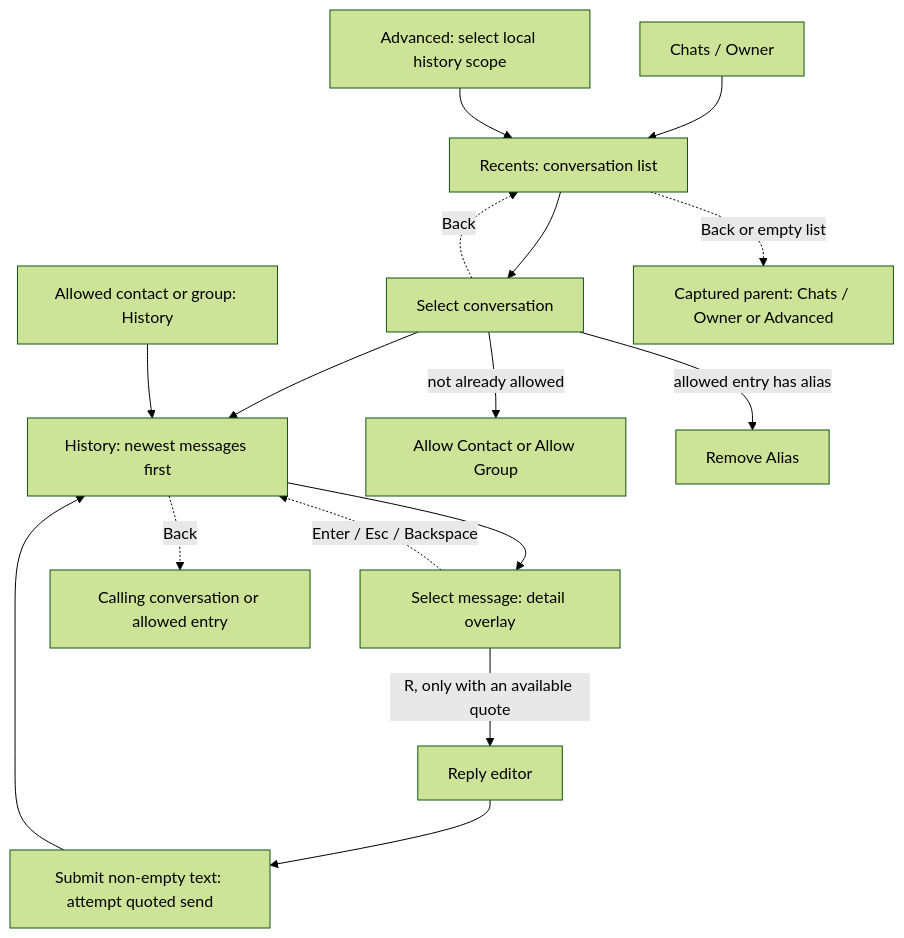
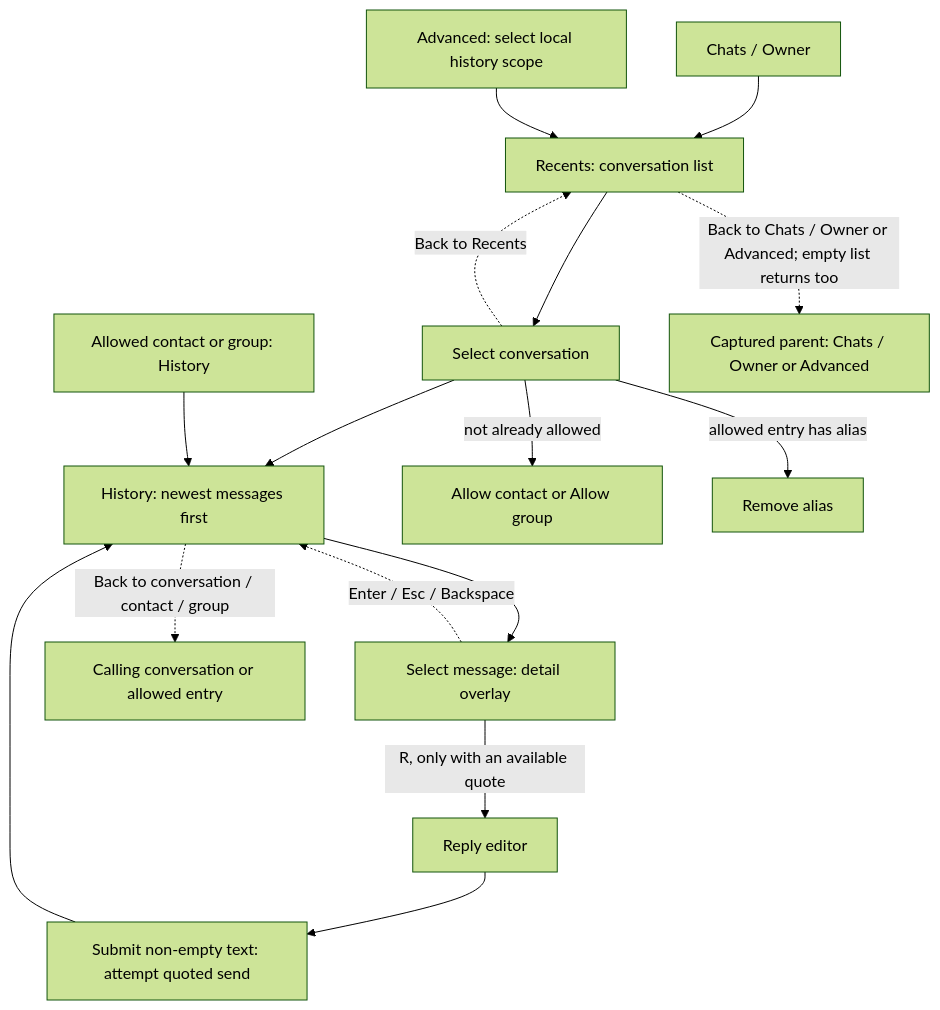
One commit to jagaliano/whatsapp-ng changed the fifth of 11 diagrams in docs/menu-diagrams.md. Above: the diagram before and after it, drawn with Mermaid (forest theme). The commit also changed other lines of this file and 33 other files, not shown here.

````diff
--- a/docs/menu-diagrams.md
+++ b/docs/menu-diagrams.md
@@ -120,18 +121,18 @@
 ```mermaid
 flowchart TB
     Chats["Chats / Owner"] --> Recents["Recents: conversation list"]
     Scope["Advanced: select local history scope"] --> Recents
     Recents --> Conversation["Select conversation"]
     Conversation --> History["History: newest messages first"]
-    Conversation -->|"not already allowed"| Allow["Allow Contact or Allow Group"]
-    Conversation -->|"allowed entry has alias"| Alias["Remove Alias"]
+    Conversation -->|"not already allowed"| Allow["Allow contact or Allow group"]
+    Conversation -->|"allowed entry has alias"| Alias["Remove alias"]
     Allowed["Allowed contact or group: History"] --> History
     History --> Detail["Select message: detail overlay"]
     Detail -->|"R, only with an available quote"| Reply["Reply editor"]
     Reply --> Send["Submit non-empty text: attempt quoted send"]
     Send --> History
     Detail -. "Enter / Esc / Backspace" .-> History
-    History -. "Back" .-> Caller["Calling conversation or allowed entry"]
-    Conversation -. "Back" .-> Recents
-    Recents -. "Back or empty list" .-> Parent["Captured parent: Chats / Owner or Advanced"]
+    History -. "Back to conversation / contact / group" .-> Caller["Calling conversation or allowed entry"]
+    Conversation -. "Back to Recents" .-> Recents
+    Recents -. "Back to Chats / Owner or Advanced; empty list returns too" .-> Parent["Captured parent: Chats / Owner or Advanced"]
 ```
````
